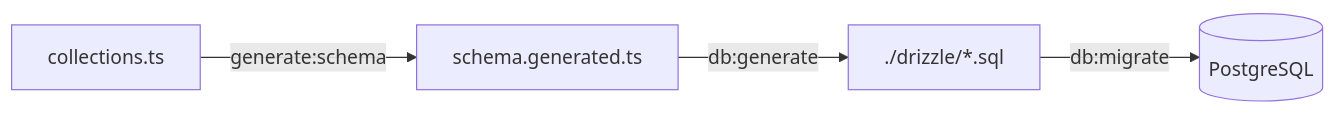
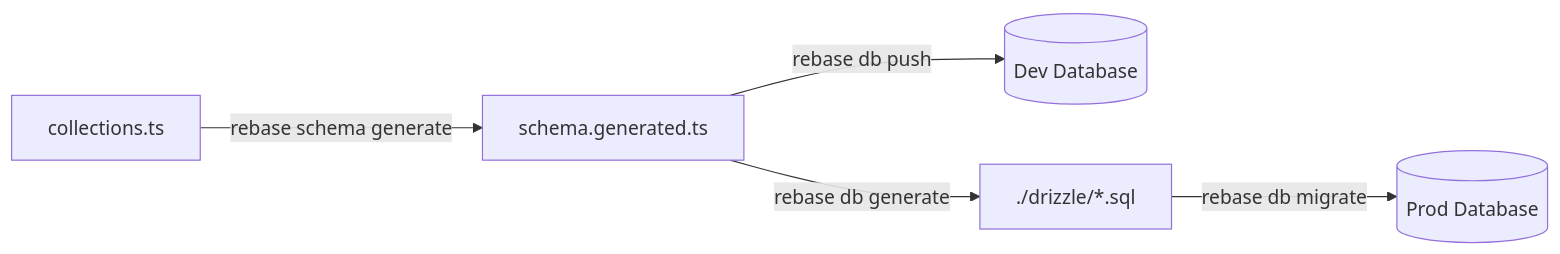
The diagram in app/schema-migration.md (firecmsco/firecms), drawn with Mermaid before and after one commit. The commit also changed other lines of this file and 90 other files, not shown here.

Commit message:
refactor: migrate backend from Express to Hono and update local collections config controller to support flexible client resolution

````diff
--- a/app/schema-migration.md
+++ b/app/schema-migration.md
@@ -16,6 +16,7 @@
 ```mermaid
 graph LR
-    A[collections.ts] -->|generate:schema| B[schema.generated.ts]
-    B -->|db:generate| C[./drizzle/*.sql]
-    C -->|db:migrate| D[(PostgreSQL)]
+    A[collections.ts] -->|rebase schema generate| B[schema.generated.ts]
+    B -->|rebase db push| C[(Dev Database)]
+    B -->|rebase db generate| D[./drizzle/*.sql]
+    D -->|rebase db migrate| E[(Prod Database)]
 ```
````
